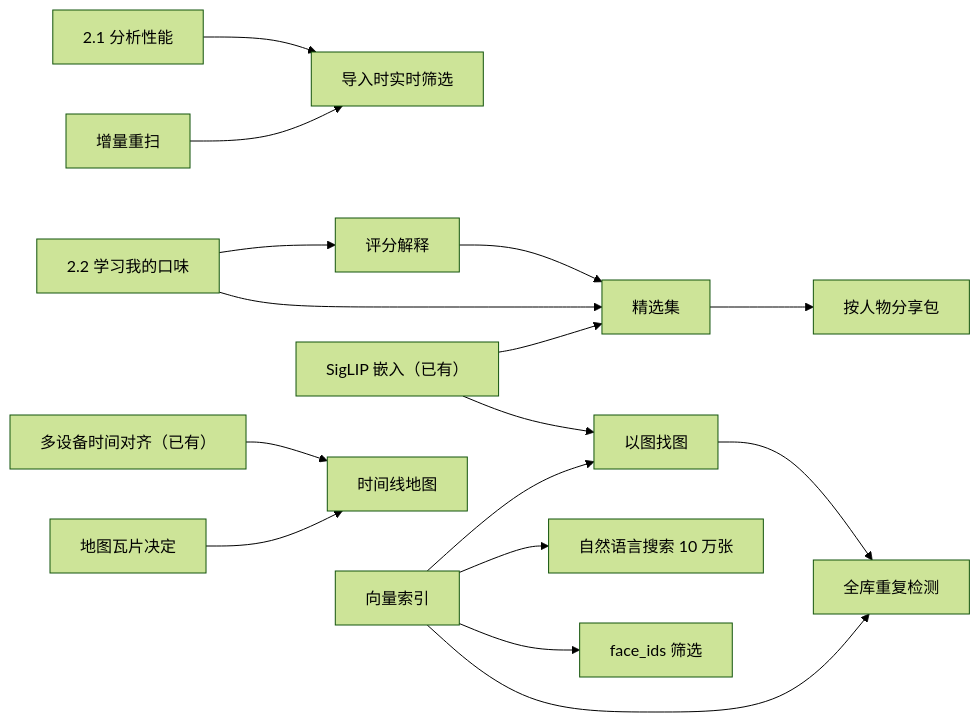
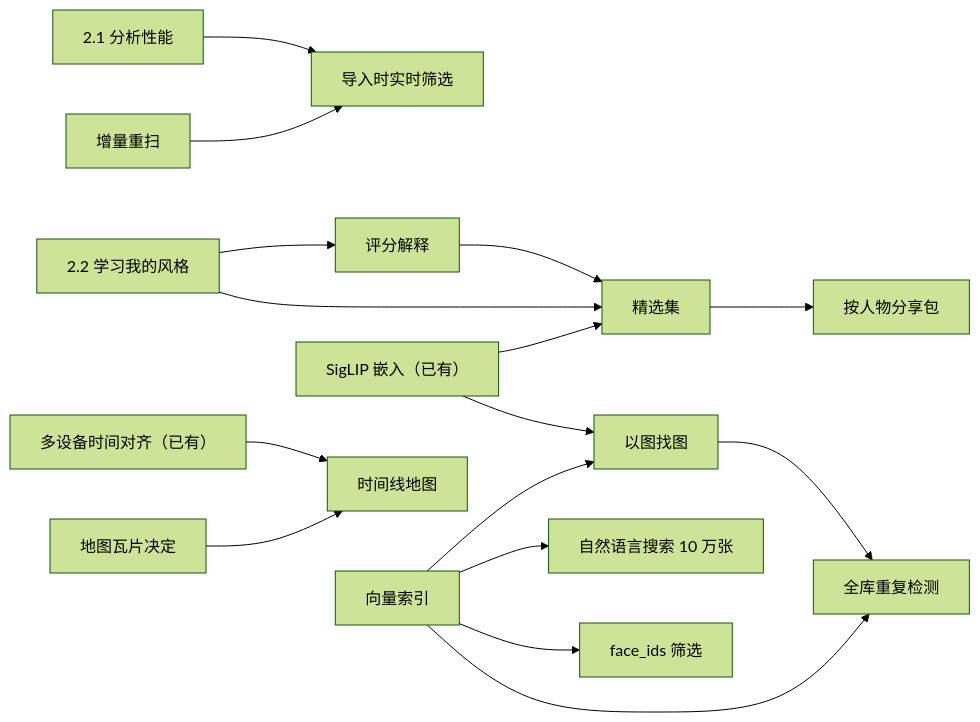
The diagram in docs/10-路线图.md (harveyxiacn/imagePicker), drawn with Mermaid (forest theme) before and after one commit. The commit also changed other lines of this file and 22 other files, not shown here.

````diff
--- a/docs/10-路线图.md
+++ b/docs/10-路线图.md
@@ -159,18 +159,18 @@
 ```mermaid
 graph LR
   perf["2.1 分析性能"] --> live["导入时实时筛选"]
   watch["增量重扫"] --> live
-  taste["2.2 学习我的口味"] --> explain["评分解释"]
+  taste["2.2 学习我的风格"] --> explain["评分解释"]
   explain --> best["精选集"]
   taste --> best
   best --> kits["按人物分享包"]
   emb["SigLIP 嵌入（已有）"] --> similar["以图找图"]
   emb --> best
   similar --> dups["全库重复检测"]
   vidx["向量索引"] --> similar
   vidx --> dups
   vidx --> search["自然语言搜索 10 万张"]
   vidx --> faceids["face_ids 筛选"]
   align["多设备时间对齐（已有）"] --> map["时间线地图"]
   tiles["地图瓦片决定"] --> map
 ```
````
